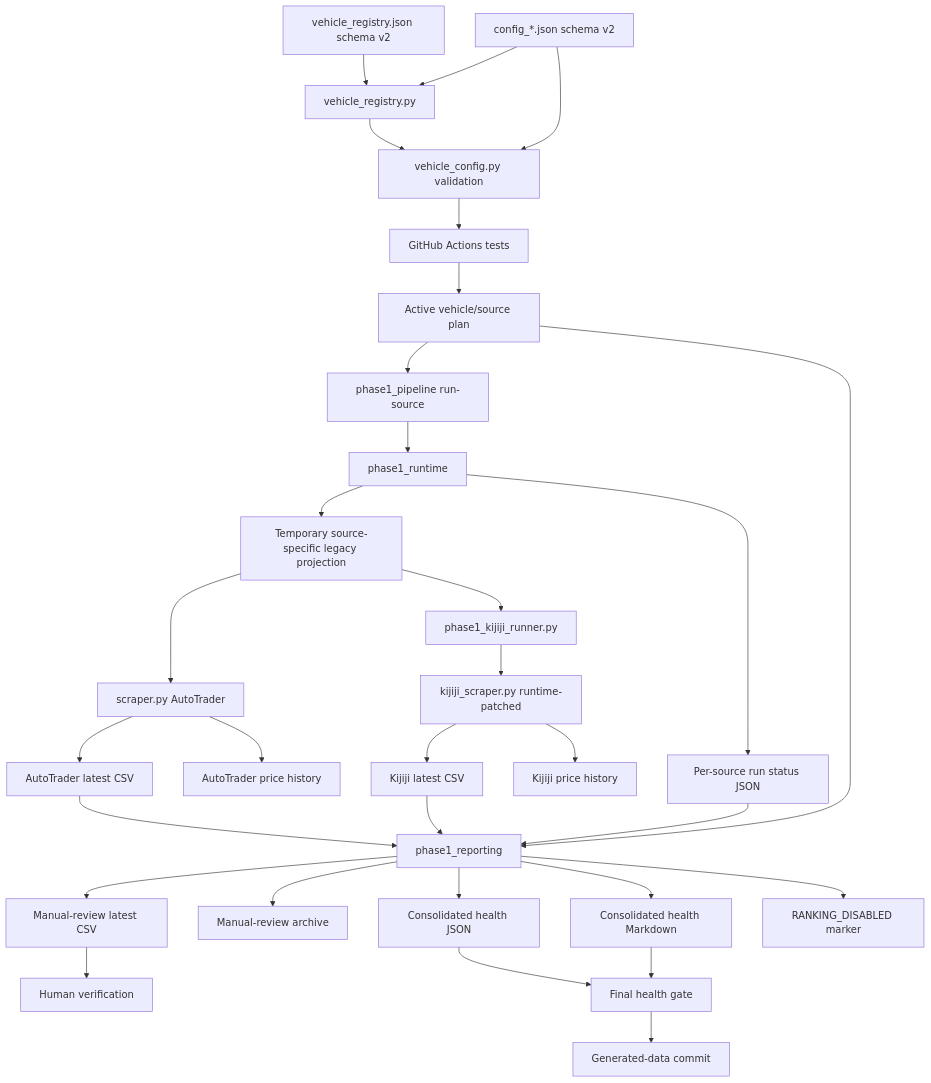
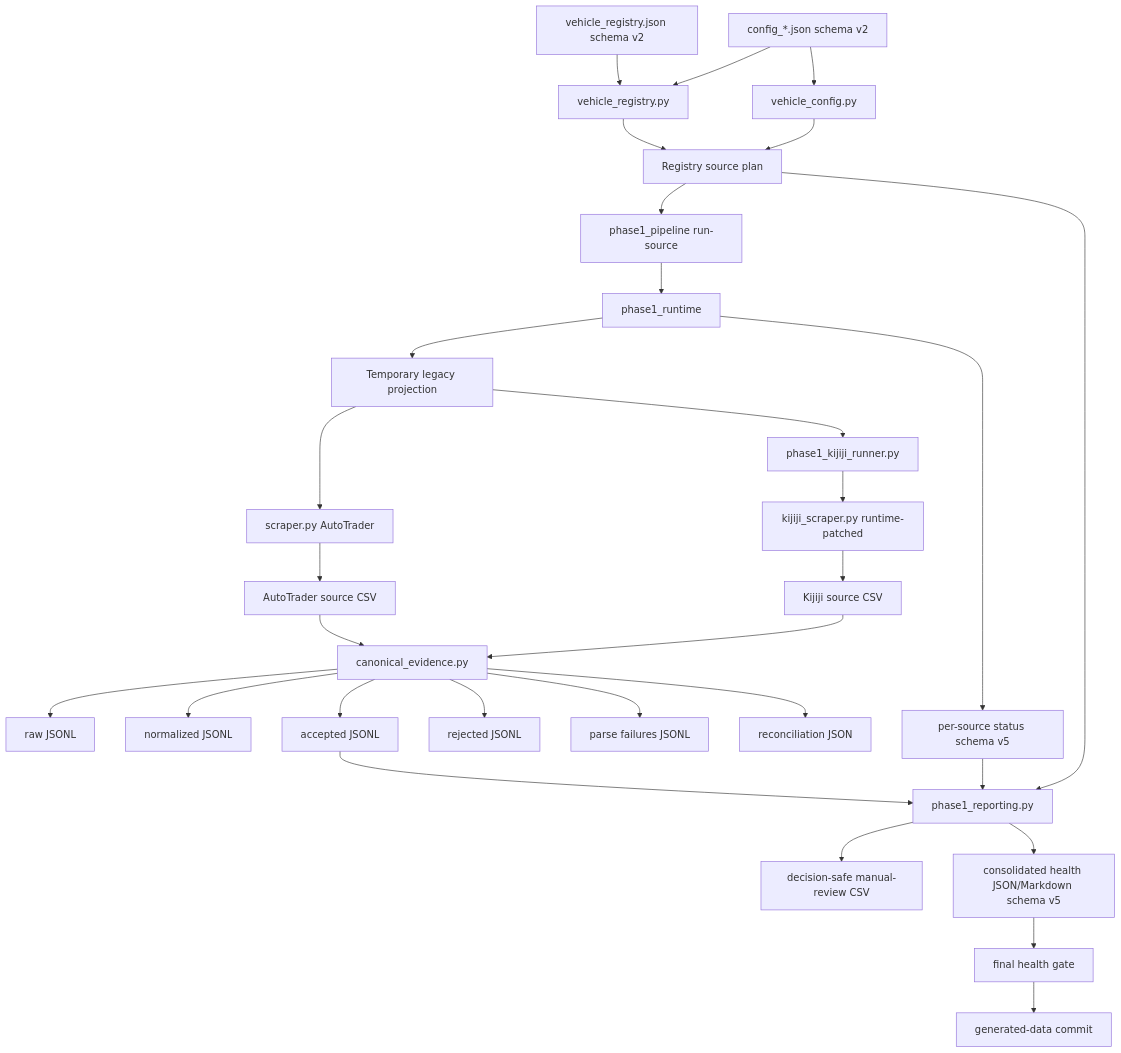
Before and after one commit to Stryker-maker/vehicle_scraper: the diagram in docs/ARCHITECTURE_AND_DATA_FLOW.md, drawn with Mermaid. The commit also changed other lines of this file, not shown here.

Commit message:
Audit 03: document canonical evidence architecture

````diff
--- a/docs/ARCHITECTURE_AND_DATA_FLOW.md
+++ b/docs/ARCHITECTURE_AND_DATA_FLOW.md
@@ -105,38 +89,32 @@
 ```mermaid
 flowchart TD
     A[vehicle_registry.json schema v2] --> B[vehicle_registry.py]
     C[config_*.json schema v2] --> B
-    C --> D[vehicle_config.py validation]
-    B --> D
-    D --> E[GitHub Actions tests]
-    E --> F[Active vehicle/source plan]
-
-    F --> G[phase1_pipeline run-source]
-    G --> H[phase1_runtime]
-    H --> I[Temporary source-specific legacy projection]
-
-    I --> J[scraper.py AutoTrader]
-    I --> K[phase1_kijiji_runner.py]
-    K --> L[kijiji_scraper.py runtime-patched]
-
-    J --> M[AutoTrader latest CSV]
-    L --> N[Kijiji latest CSV]
-    J --> O[AutoTrader price history]
-    L --> P[Kijiji price history]
-    H --> Q[Per-source run status JSON]
-
-    F --> R[phase1_reporting]
-    M --> R
-    N --> R
-    Q --> R
-    R --> S[Manual-review latest CSV]
-    R --> T[Manual-review archive]
-    R --> U[Consolidated health JSON]
-    R --> V[Consolidated health Markdown]
-    R --> W[RANKING_DISABLED marker]
-
-    S --> X[Human verification]
-    U --> Y[Final health gate]
-    V --> Y
-    Y --> Z[Generated-data commit]
+    C --> D[vehicle_config.py]
+    B --> E[Registry source plan]
+    D --> E
+    E --> F[phase1_pipeline run-source]
+    F --> G[phase1_runtime]
+    G --> H[Temporary legacy projection]
+    H --> I[scraper.py AutoTrader]
+    H --> J[phase1_kijiji_runner.py]
+    J --> K[kijiji_scraper.py runtime-patched]
+    I --> L[AutoTrader source CSV]
+    K --> M[Kijiji source CSV]
+    L --> N[canonical_evidence.py]
+    M --> N
+    N --> O[raw JSONL]
+    N --> P[normalized JSONL]
+    N --> Q[accepted JSONL]
+    N --> R[rejected JSONL]
+    N --> S[parse failures JSONL]
+    N --> T[reconciliation JSON]
+    G --> U[per-source status schema v5]
+    Q --> V[phase1_reporting.py]
+    U --> V
+    E --> V
+    V --> W[decision-safe manual-review CSV]
+    V --> X[consolidated health JSON/Markdown schema v5]
+    X --> Y[final health gate]
+    Y --> Z[generated-data commit]
 ```
````
